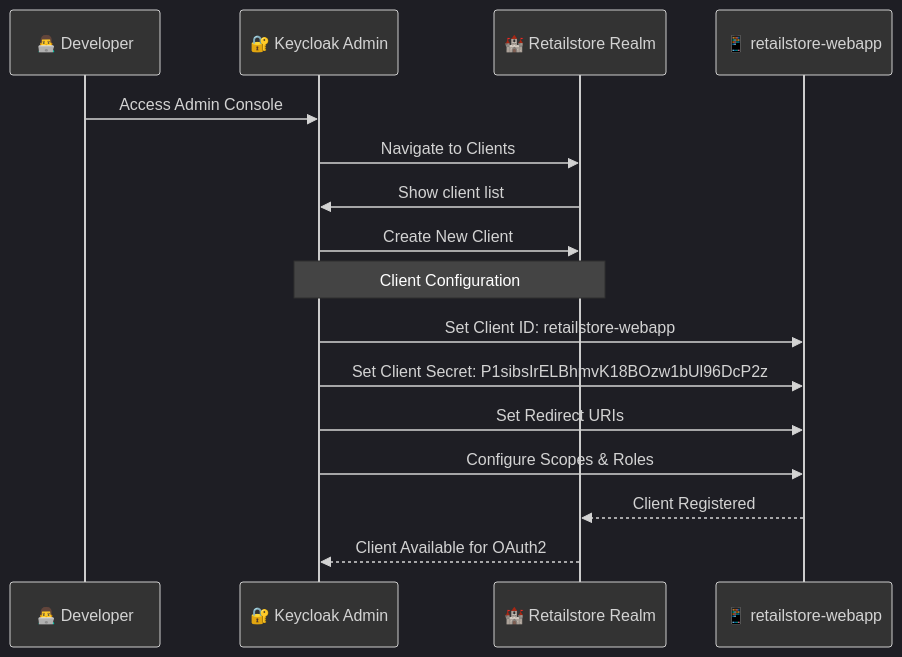
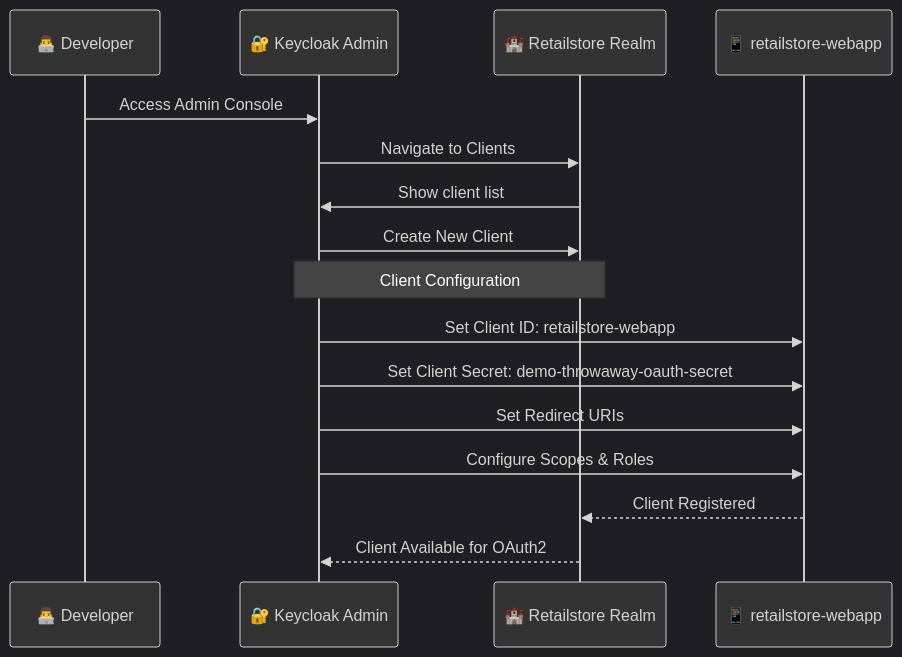
Before and after one commit to rajadilipkolli/spring-boot-microservices-series-v2: the second of 5 diagrams in retail-store-webapp/Keycloak-Realm-Configuration-Explained.md, drawn with Mermaid. The commit also changed other lines of this file and 55 other files, not shown here.

````diff
--- a/retail-store-webapp/Keycloak-Realm-Configuration-Explained.md
+++ b/retail-store-webapp/Keycloak-Realm-Configuration-Explained.md
@@ -83,22 +83,22 @@
 ```mermaid
 %%{init: {'theme':'dark', 'themeVariables': {'primaryColor': '#333333', 'primaryTextColor': '#ffffff', 'primaryBorderColor': '#ffffff', 'lineColor': '#ffffff', 'secondaryColor': '#444444', 'tertiaryColor': '#555555', 'background': '#000000', 'mainBkg': '#333333', 'secondBkg': '#444444', 'tertiaryBkg': '#555555', 'noteBkgColor': '#444444', 'noteTextColor': '#ffffff'}}}%%
 sequenceDiagram
     participant Dev as 👨‍💻 Developer
     participant KC as 🔐 Keycloak Admin
     participant Realm as 🏰 Retailstore Realm
     participant Client as 📱 retailstore-webapp
 
     Dev->>KC: Access Admin Console
     KC->>Realm: Navigate to Clients
     Realm->>KC: Show client list
     KC->>Realm: Create New Client
     
     Note over KC, Realm: Client Configuration
     KC->>Client: Set Client ID: retailstore-webapp
-    KC->>Client: Set Client Secret: P1sibsIrELBhmvK18BOzw1bUl96DcP2z
+    KC->>Client: Set Client Secret: demo-throwaway-oauth-secret
     KC->>Client: Set Redirect URIs
     KC->>Client: Configure Scopes & Roles
     
     Client-->>Realm: Client Registered
     Realm-->>KC: Client Available for OAuth2
 ```
````
